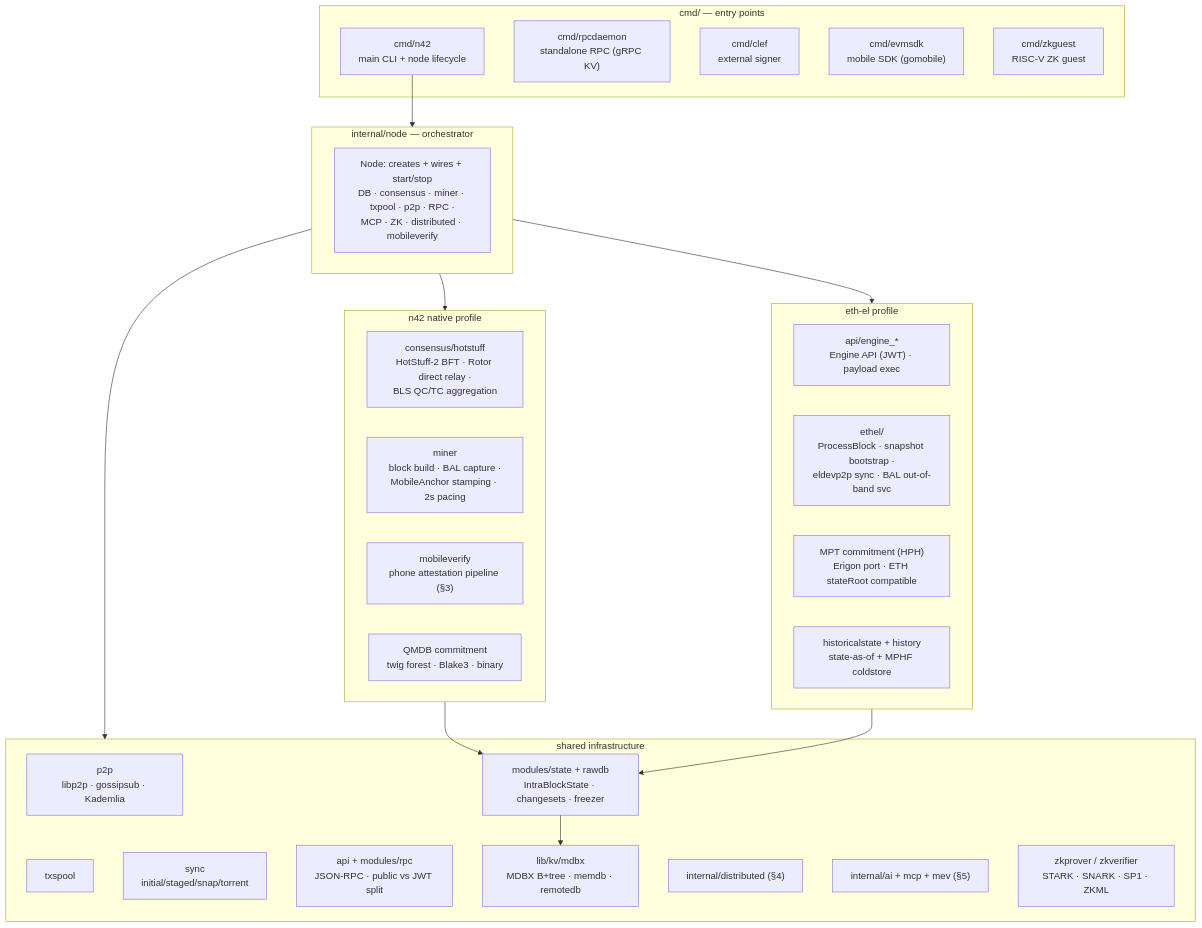
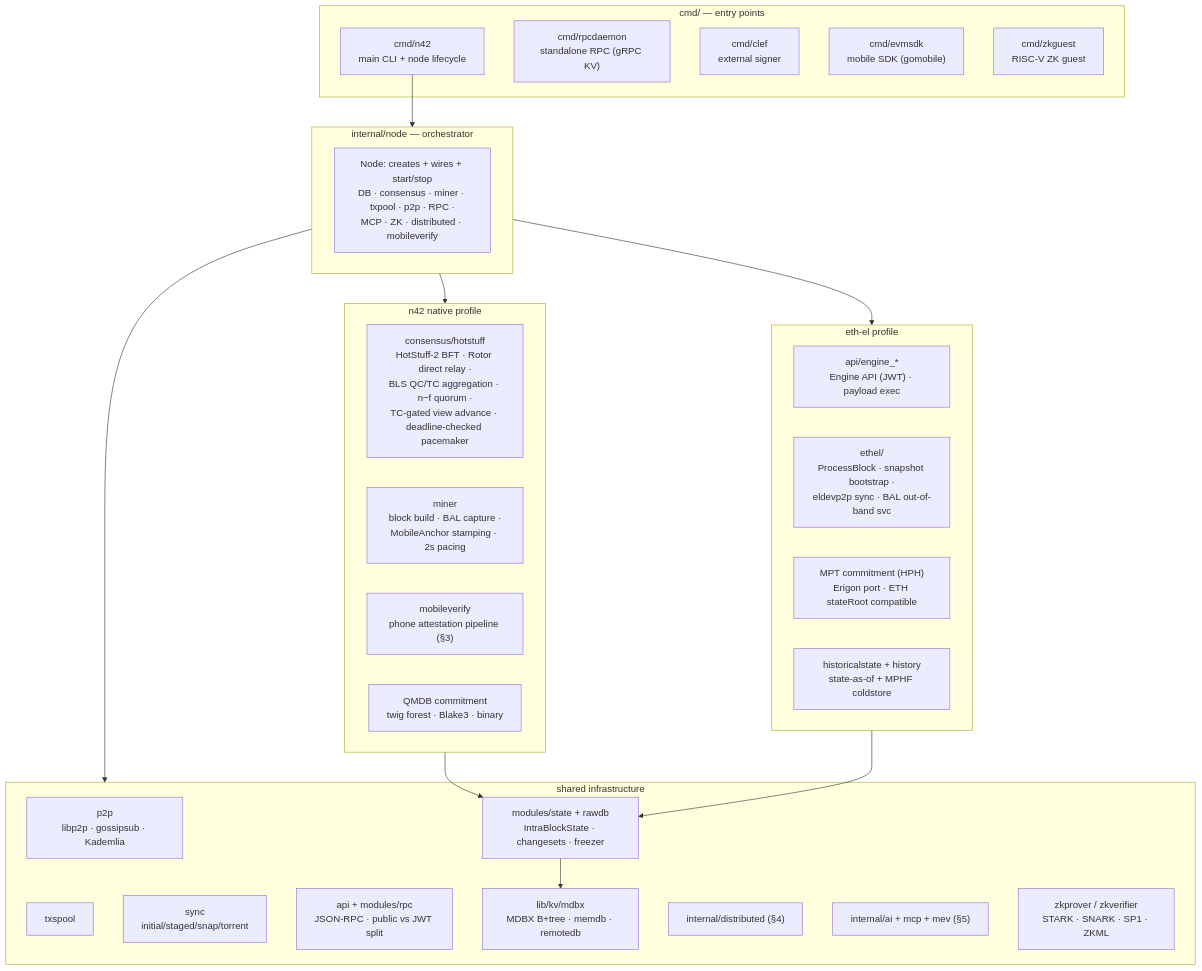
Before and after one commit to n42blockchain/N42-gov5: the first of 2 diagrams in docs/architecture-module-map.md, drawn with Mermaid. The commit also changed other lines of this file, not shown here.

````diff
--- a/docs/architecture-module-map.md
+++ b/docs/architecture-module-map.md
@@ -19,50 +19,50 @@
 ```mermaid
 flowchart TB
     subgraph ENTRY["cmd/ — entry points"]
         n42cli["cmd/n42<br/>main CLI + node lifecycle"]
         rpcd["cmd/rpcdaemon<br/>standalone RPC (gRPC KV)"]
         clef["cmd/clef<br/>external signer"]
         evmsdk["cmd/evmsdk<br/>mobile SDK (gomobile)"]
         zkg["cmd/zkguest<br/>RISC-V ZK guest"]
     end
 
     n42cli --> NODE
 
     subgraph NODE["internal/node — orchestrator"]
         node["Node: creates + wires + start/stop<br/>DB · consensus · miner · txpool · p2p · RPC ·<br/>MCP · ZK · distributed · mobileverify"]
     end
 
     NODE --> NATIVE
     NODE --> ETHEL
     NODE --> SHARED
 
     subgraph NATIVE["n42 native profile"]
-        hotstuff["consensus/hotstuff<br/>HotStuff-2 BFT · Rotor direct relay ·<br/>BLS QC/TC aggregation"]
+        hotstuff["consensus/hotstuff<br/>HotStuff-2 BFT · Rotor direct relay ·<br/>BLS QC/TC aggregation · n−f quorum ·<br/>TC-gated view advance · deadline-checked pacemaker"]
         miner["miner<br/>block build · BAL capture ·<br/>MobileAnchor stamping · 2s pacing"]
         mobile["mobileverify<br/>phone attestation pipeline (§3)"]
         qmdb["QMDB commitment<br/>twig forest · Blake3 · binary"]
     end
 
     subgraph ETHEL["eth-el profile"]
         engineapi["api/engine_*<br/>Engine API (JWT) · payload exec"]
         ethel["ethel/<br/>ProcessBlock · snapshot bootstrap ·<br/>eldevp2p sync · BAL out-of-band svc"]
         mpt["MPT commitment (HPH)<br/>Erigon port · ETH stateRoot compatible"]
         histstate["historicalstate + history<br/>state-as-of + MPHF coldstore"]
     end
 
     subgraph SHARED["shared infrastructure"]
         p2p["p2p<br/>libp2p · gossipsub · Kademlia"]
         txpool["txspool"]
         syncm["sync<br/>initial/staged/snap/torrent"]
         rpc["api + modules/rpc<br/>JSON-RPC · public vs JWT split"]
         statelayer["modules/state + rawdb<br/>IntraBlockState · changesets · freezer"]
         kv["lib/kv/mdbx<br/>MDBX B+tree · memdb · remotedb"]
         distributed["internal/distributed (§4)"]
         ai["internal/ai + mcp + mev (§5)"]
         zk["zkprover / zkverifier<br/>STARK · SNARK · SP1 · ZKML"]
     end
 
     NATIVE --> statelayer
     ETHEL --> statelayer
     statelayer --> kv
 ```
````
